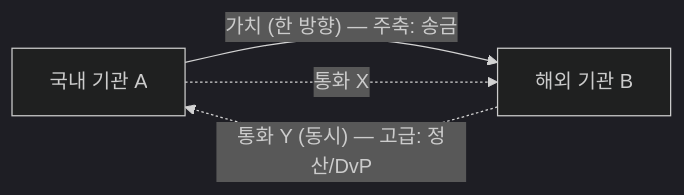
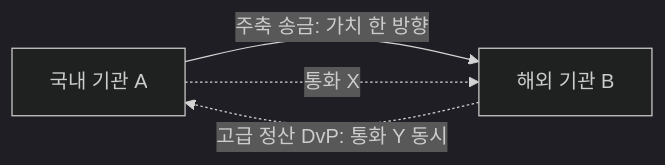
One commit to eunsujeo/canton-docs changed the diagram in wiki/canton-course/s00-opening.md. Above: the diagram before and after it, drawn with Mermaid (dark theme). The commit also changed 4 other files, not shown here.

First line of the commit message:
fix(course): mermaid 문법오류 수정 — S0 엣지 라벨에서 em대시·괄호·슬래시 제거, 줄바꿈 \n→<br/>

````diff
--- a/wiki/canton-course/s00-opening.md
+++ b/wiki/canton-course/s00-opening.md
@@ -37,6 +37,6 @@
 ```mermaid
 flowchart LR
-  A["국내 기관 A"] -->|"가치 (한 방향) — 주축: 송금"| B["해외 기관 B"]
+  A["국내 기관 A"] -->|"주축 송금: 가치 한 방향"| B["해외 기관 B"]
   A -.->|"통화 X"| B
-  B -.->|"통화 Y (동시) — 고급: 정산/DvP"| A
+  B -.->|"고급 정산 DvP: 통화 Y 동시"| A
 ```
````
